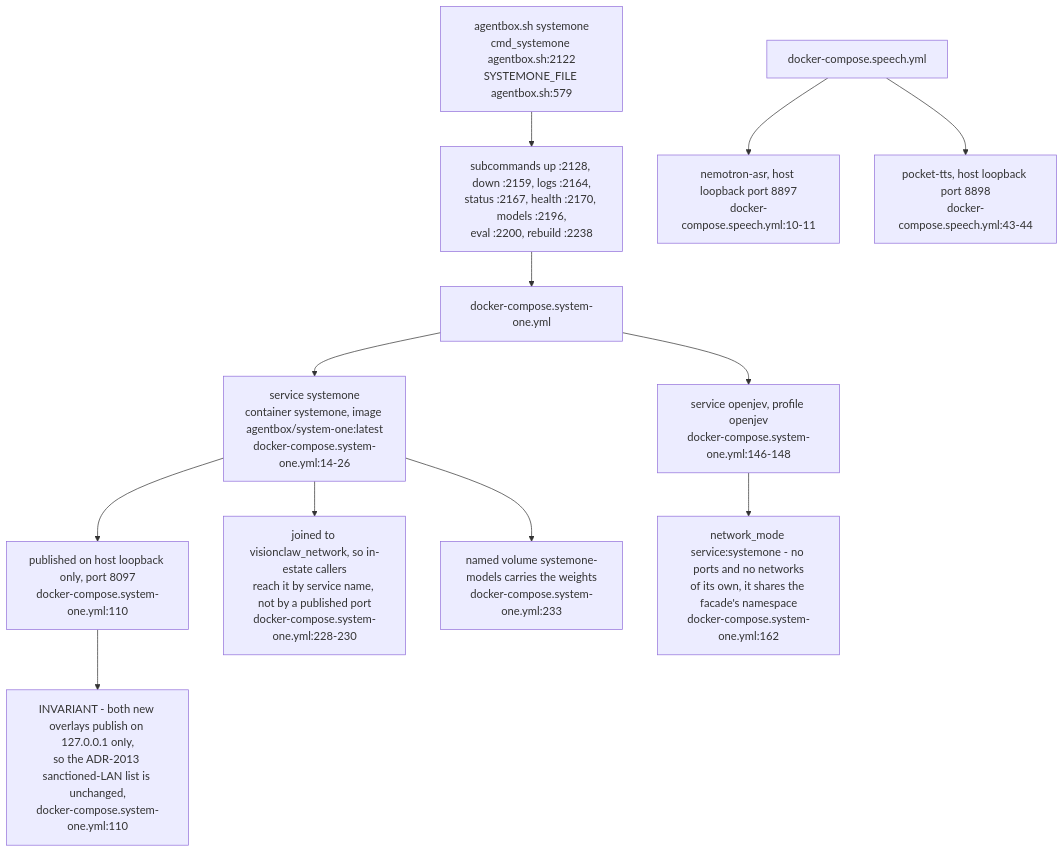
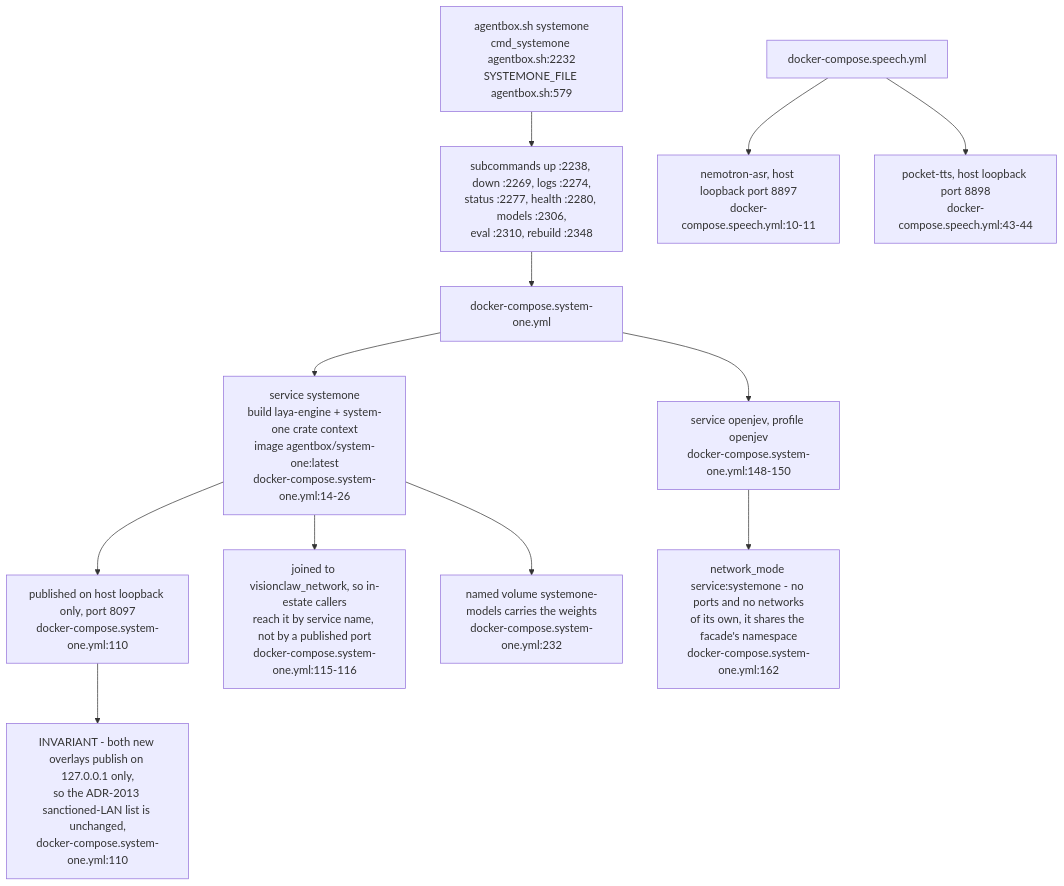
One commit to DreamLab-AI/VisionFlow changed the tenth of 11 diagrams in docs/diagrams/agentbox/06-sidecars-and-compose-overlays.md. Above: the diagram before and after it, drawn with Mermaid. The commit also changed other lines of this file and 136 other files, not shown here.

First line of the commit message:
docs(diagrams): refresh the whole corpus to code HEAD and prune low-value diagrams

````diff
--- a/docs/diagrams/agentbox/06-sidecars-and-compose-overlays.md
+++ b/docs/diagrams/agentbox/06-sidecars-and-compose-overlays.md
@@ -287,18 +282,18 @@
 ```mermaid
 flowchart TB
-    CLI["agentbox.sh systemone<br/>cmd_systemone agentbox.sh:2122<br/>SYSTEMONE_FILE agentbox.sh:579"] --> SUB["subcommands up :2128, down :2159, logs :2164,<br/>status :2167, health :2170, models :2196,<br/>eval :2200, rebuild :2238"]
+    CLI["agentbox.sh systemone<br/>cmd_systemone agentbox.sh:2232<br/>SYSTEMONE_FILE agentbox.sh:579"] --> SUB["subcommands up :2238, down :2269, logs :2274,<br/>status :2277, health :2280, models :2306,<br/>eval :2310, rebuild :2348"]
     SUB --> COMPOSE["docker-compose.system-one.yml"]
 
-    COMPOSE --> FACADE["service systemone<br/>container systemone, image agentbox/system-one:latest<br/>docker-compose.system-one.yml:14-26"]
+    COMPOSE --> FACADE["service systemone<br/>build laya-engine + system-one crate context<br/>image agentbox/system-one:latest<br/>docker-compose.system-one.yml:14-26"]
     FACADE --> PUB["published on host loopback only, port 8097<br/>docker-compose.system-one.yml:110"]
-    FACADE --> NET["joined to visionclaw_network, so in-estate callers<br/>reach it by service name, not by a published port<br/>docker-compose.system-one.yml:228-230"]
-    FACADE --> VOL["named volume systemone-models carries the weights<br/>docker-compose.system-one.yml:233"]
+    FACADE --> NET["joined to visionclaw_network, so in-estate callers<br/>reach it by service name, not by a published port<br/>docker-compose.system-one.yml:115-116"]
+    FACADE --> VOL["named volume systemone-models carries the weights<br/>docker-compose.system-one.yml:232"]
 
-    COMPOSE --> ENGINE["service openjev, profile openjev<br/>docker-compose.system-one.yml:146-148"]
+    COMPOSE --> ENGINE["service openjev, profile openjev<br/>docker-compose.system-one.yml:148-150"]
     ENGINE --> NM["network_mode service:systemone - no ports and no networks<br/>of its own, it shares the facade's namespace<br/>docker-compose.system-one.yml:162"]
 
     SPEECH["docker-compose.speech.yml"] --> ASR["nemotron-asr, host loopback port 8897<br/>docker-compose.speech.yml:10-11"]
     SPEECH --> TTS["pocket-tts, host loopback port 8898<br/>docker-compose.speech.yml:43-44"]
 
     PUB --> INV["INVARIANT - both new overlays publish on 127.0.0.1 only,<br/>so the ADR-2013 sanctioned-LAN list is unchanged,<br/>docker-compose.system-one.yml:110"]
 ```
````
